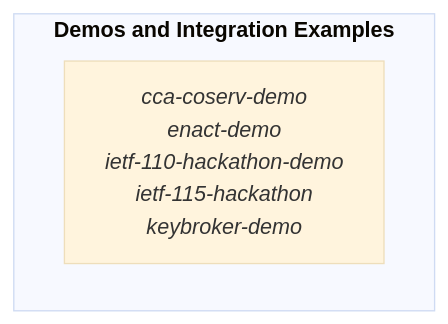
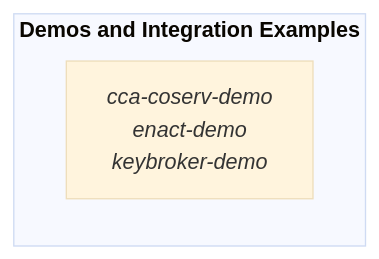
The fourth of 4 diagrams in repo-guide.md (veraison/docs), drawn with Mermaid (base theme) before and after one commit. The commit also changed other lines of this file, not shown here.

````diff
--- a/repo-guide.md
+++ b/repo-guide.md
@@ -301,13 +294,11 @@
 ```mermaid
 flowchart TD
 VD["
     <i>cca-coserv-demo</i>
     <i>enact-demo</i>
-    <i>ietf-110-hackathon-demo</i>
-    <i>ietf-115-hackathon</i>
     <i>keybroker-demo</i>"]
 subgraph Veraison["<b>Demos and Integration Examples</b>"]
 VD
 end
 
 ```
````
